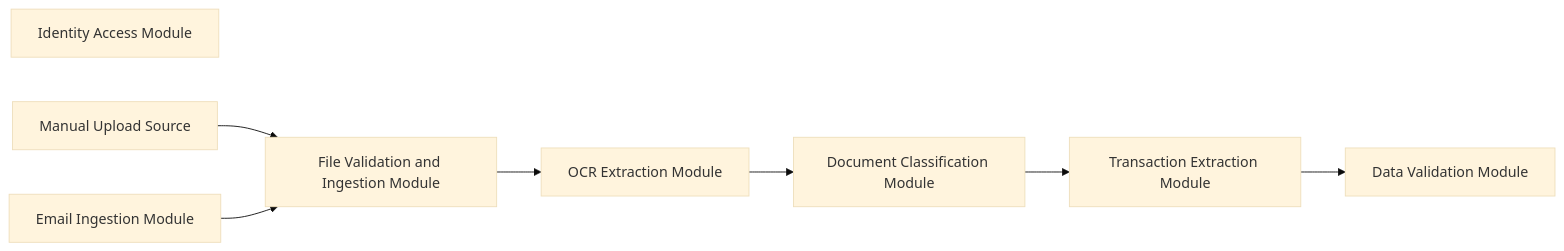
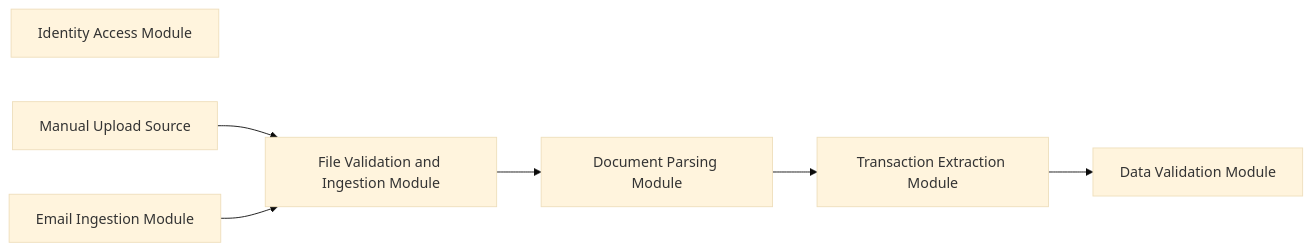
Before and after one commit to DodIlagan-cloud/000_Capstone: the diagram in docs/building-block-module-io-map.md, drawn with Mermaid (base theme). The commit also changed other lines of this file and 28 other files, not shown here.

Commit message:
Implement M5 document parsing flow and test structure

````diff
--- a/docs/building-block-module-io-map.md
+++ b/docs/building-block-module-io-map.md
@@ -17,10 +17,9 @@
 ```mermaid
 flowchart LR
     Identity["Identity Access Module"]
     UploadSource["Manual Upload Source"] --> FileIntake["File Validation and Ingestion Module"]
     Email["Email Ingestion Module"] --> FileIntake
-    FileIntake --> OCR["OCR Extraction Module"]
-    OCR --> Classification["Document Classification Module"]
-    Classification --> TransactionExtraction["Transaction Extraction Module"]
+    FileIntake --> Parsing["Document Parsing Module"]
+    Parsing --> TransactionExtraction["Transaction Extraction Module"]
     TransactionExtraction --> DataValidation["Data Validation Module"]
 ```
````
